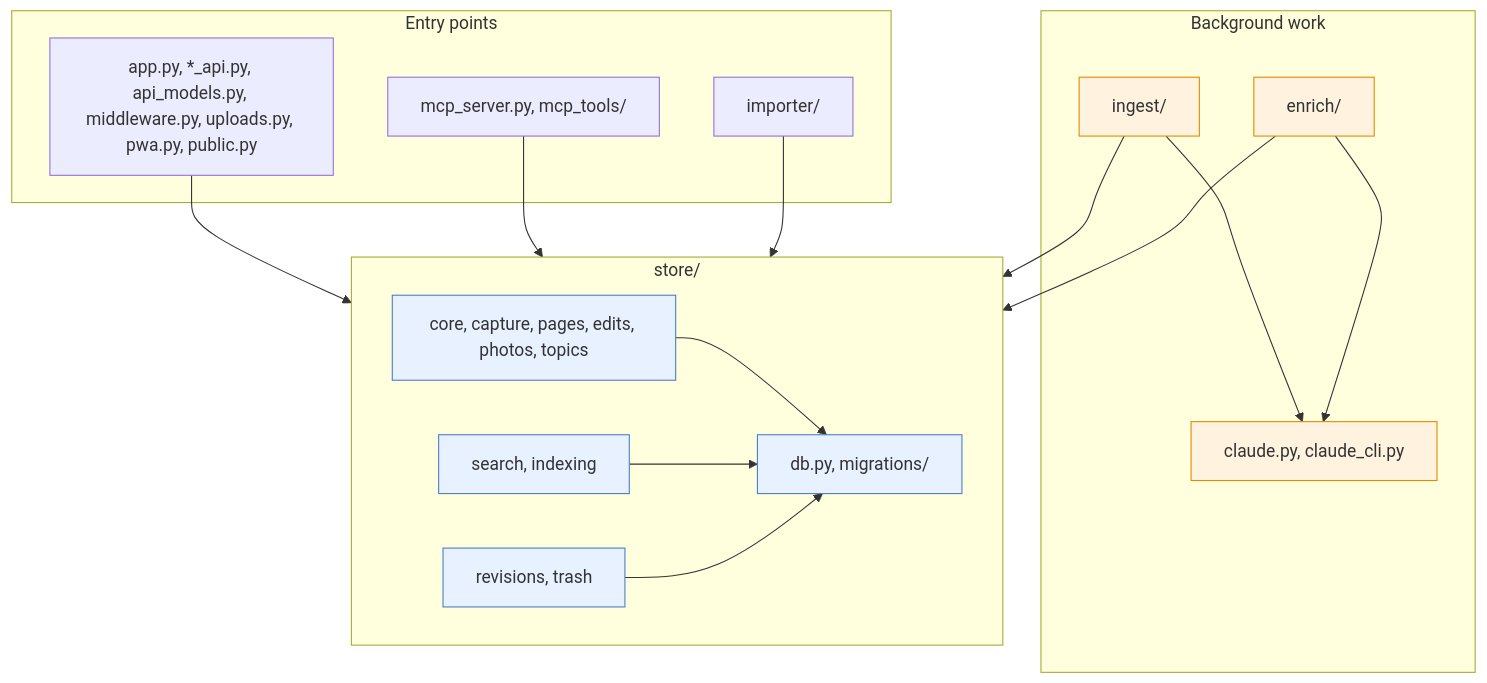
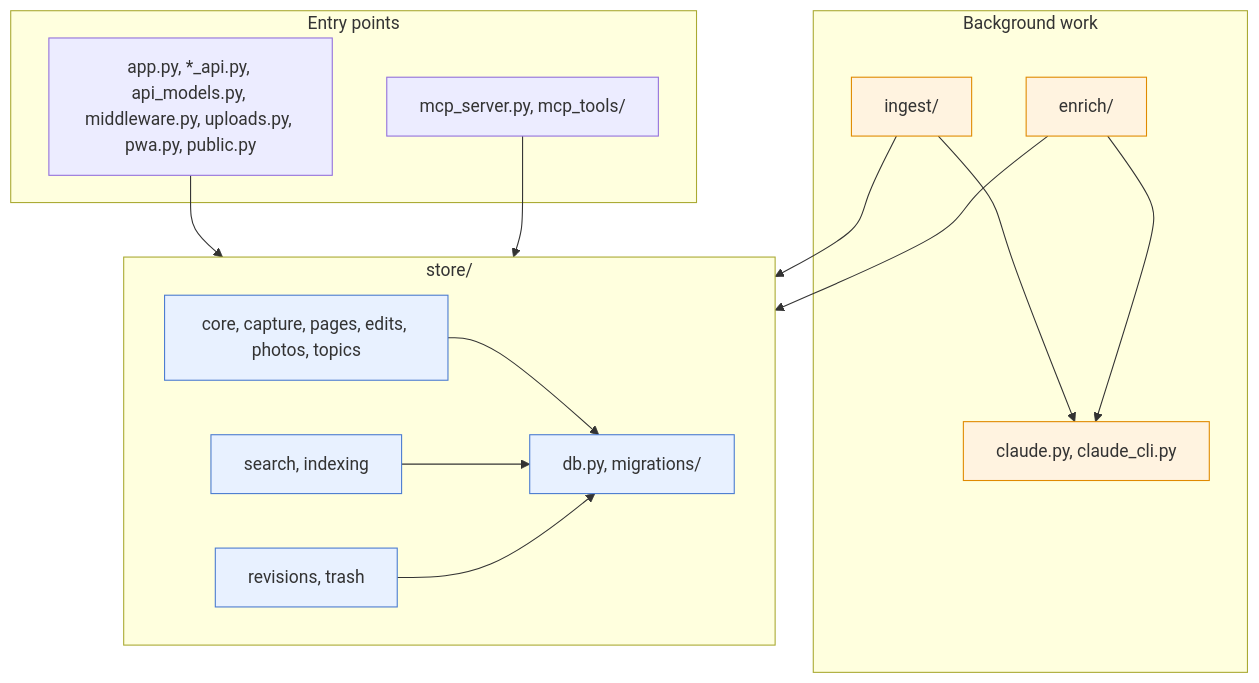
The second of 3 diagrams in docs/explanations/design.md (gilesknap/scrap), drawn with Mermaid before and after one commit. The commit also changed other lines of this file and 49 other files, not shown here.

````diff
--- a/docs/explanations/design.md
+++ b/docs/explanations/design.md
@@ -76,35 +76,33 @@
 ```mermaid
 flowchart TD
     subgraph entry["Entry points"]
         app["app.py, *_api.py, api_models.py, middleware.py, uploads.py, pwa.py, public.py"]
         mcpt["mcp_server.py, mcp_tools/"]
-        imp["importer/"]
     end
     subgraph bg["Background work"]
         ing["ingest/"]
         enr["enrich/"]
         cl["claude.py, claude_cli.py"]
     end
     subgraph st["store/"]
         core["core, capture, pages, edits, photos, topics"]
         sea["search, indexing"]
         rev["revisions, trash"]
         dbm["db.py, migrations/"]
     end
 
     app --> st
     mcpt --> st
-    imp --> st
     ing --> st
     enr --> st
     ing --> cl
     enr --> cl
     core --> dbm
     sea --> dbm
     rev --> dbm
 
     classDef store fill:#e8f1ff,stroke:#4a7bd0
     classDef claude fill:#fff3e0,stroke:#e08a00
     class core,sea,rev,dbm store
     class ing,enr,cl claude
 ```
````
